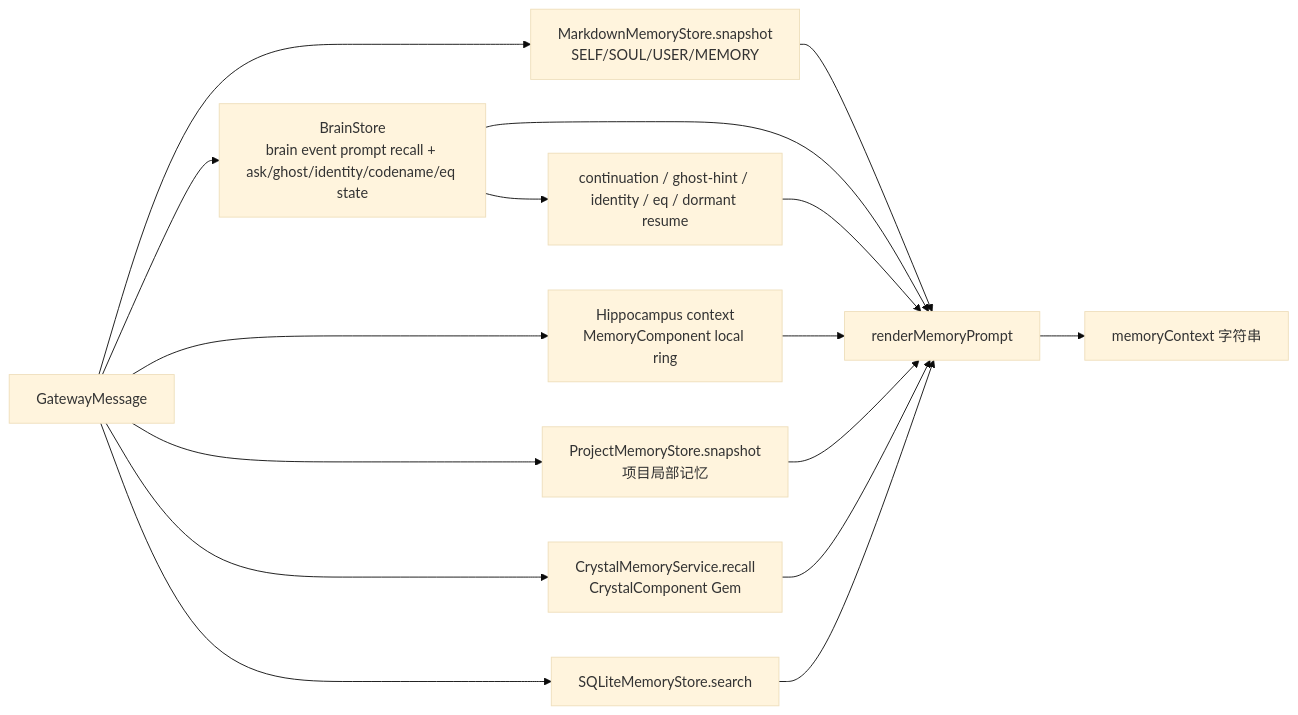
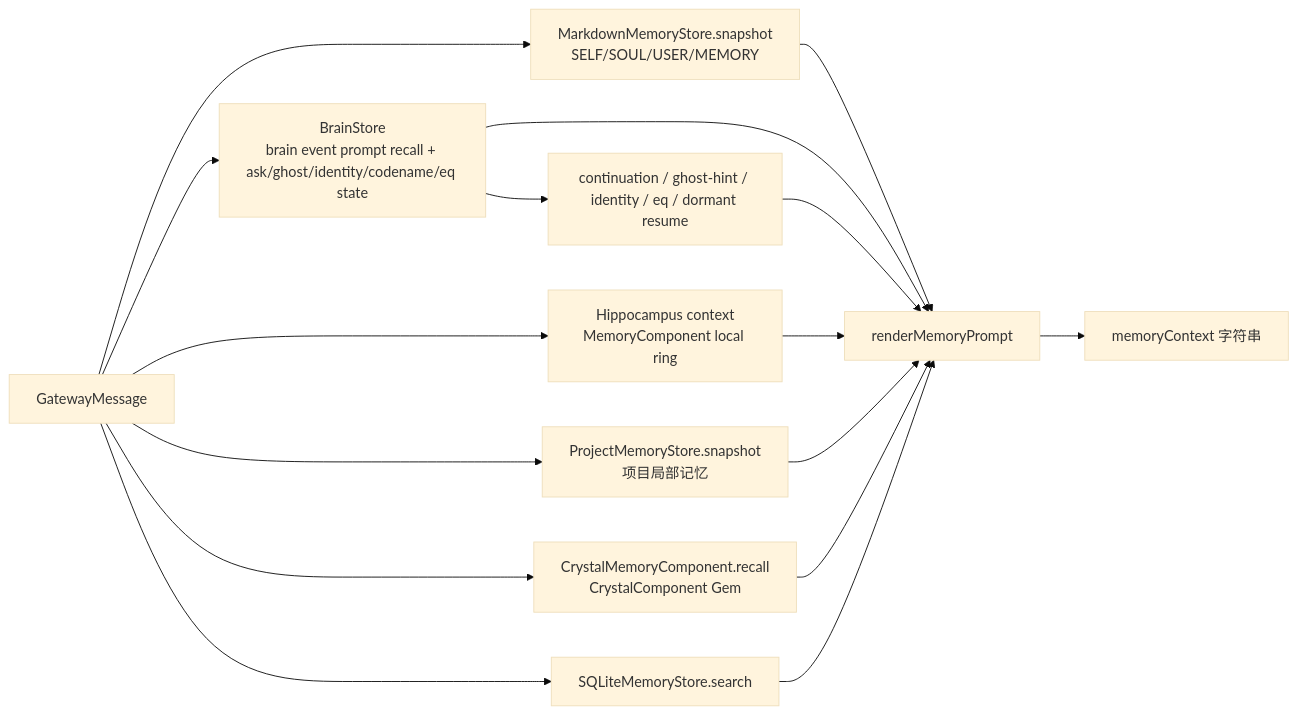
The third of 5 diagrams in docs/runtime.turn.md (flyflor/flyflor), drawn with Mermaid (base theme) before and after one commit. The commit also changed other lines of this file and 119 other files, not shown here.

````diff
--- a/docs/runtime.turn.md
+++ b/docs/runtime.turn.md
@@ -117,18 +117,18 @@
 ```mermaid
 flowchart LR
     Q[GatewayMessage] --> Markdown[MarkdownMemoryStore.snapshot<br/>SELF/SOUL/USER/MEMORY]
     Q --> Brain[BrainStore<br/>brain event prompt recall + ask/ghost/identity/codename/eq state]
     Q --> Hippo[Hippocampus context<br/>MemoryComponent local ring]
     Q --> Project[ProjectMemoryStore.snapshot<br/>项目局部记忆]
-    Q --> Crystal[CrystalMemoryService.recall<br/>CrystalComponent Gem]
+    Q --> Crystal[CrystalMemoryComponent.recall<br/>CrystalComponent Gem]
     Q --> SqliteSearch[SQLiteMemoryStore.search]
     Markdown --> Render[renderMemoryPrompt]
     Brain --> Render
     Brain --> Nudge[continuation / ghost-hint / identity / eq / dormant resume]
     Nudge --> Render
     Hippo --> Render
     Project --> Render
     Crystal --> Render
     SqliteSearch --> Render
     Render --> Prompt[memoryContext 字符串]
 ```
````
